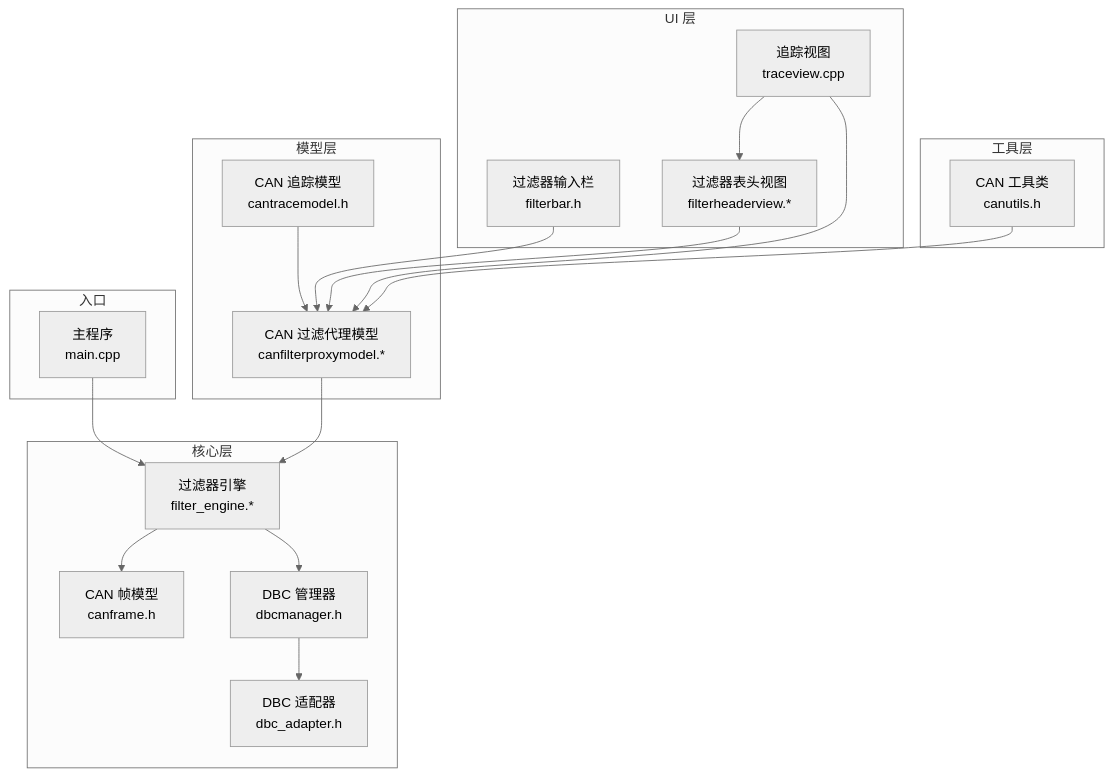
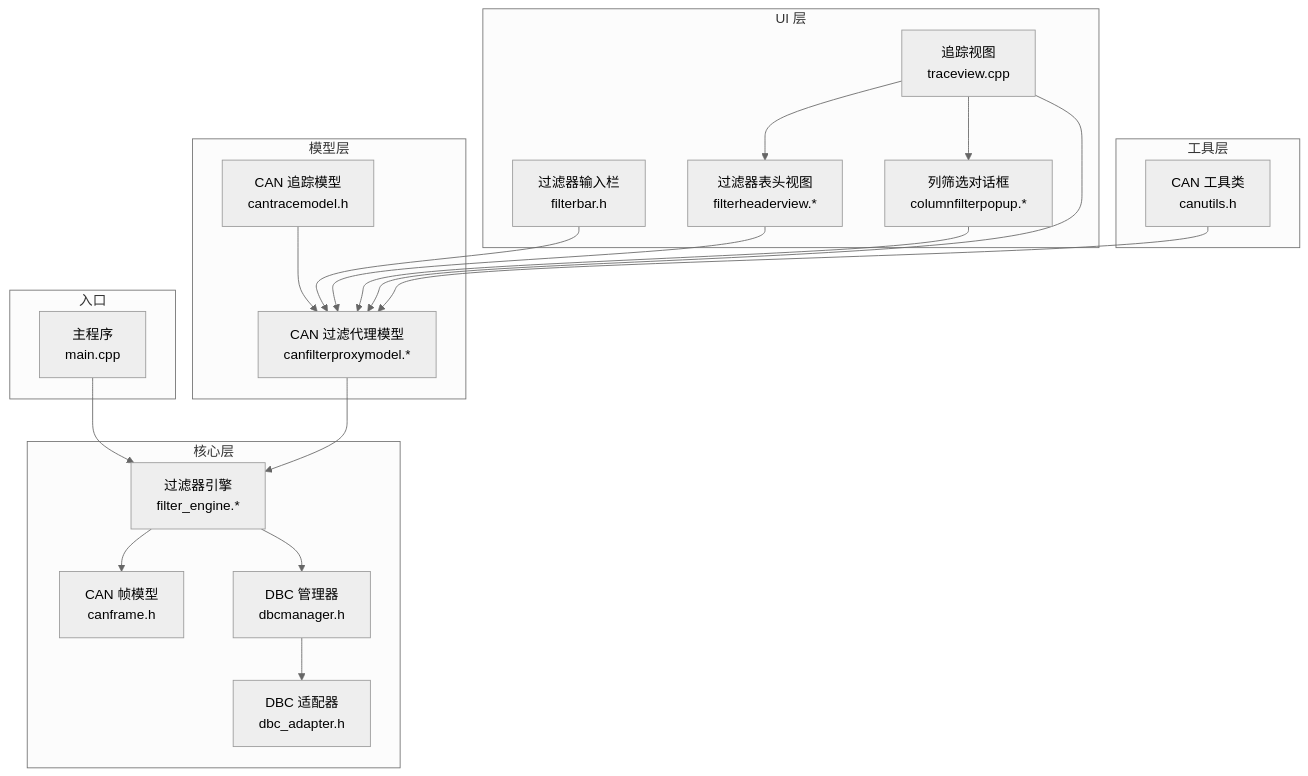
Before and after one commit to jakecai1225-design/OpenBus: the first of 4 diagrams in .qoder/repowiki/zh/content/核心模块详解/过滤器引擎/过滤器引擎.md, drawn with Mermaid (neutral theme). The commit also changed other lines of this file and 39 other files, not shown here.

````diff
--- a/.qoder/repowiki/zh/content/核心模块详解/过滤器引擎/过滤器引擎.md
+++ b/.qoder/repowiki/zh/content/核心模块详解/过滤器引擎/过滤器引擎.md
@@ -55,35 +57,38 @@
 ```mermaid
 graph TB
 subgraph "核心层"
 FE["过滤器引擎<br/>filter_engine.*"]
 CF["CAN 帧模型<br/>canframe.h"]
 DBCM["DBC 管理器<br/>dbcmanager.h"]
 DA["DBC 适配器<br/>dbc_adapter.h"]
 end
 subgraph "模型层"
 CPM["CAN 过滤代理模型<br/>canfilterproxymodel.*"]
 CTM["CAN 追踪模型<br/>cantracemodel.h"]
 end
 subgraph "UI 层"
 FB["过滤器输入栏<br/>filterbar.h"]
 FHV["过滤器表头视图<br/>filterheaderview.*"]
+CFP["列筛选对话框<br/>columnfilterpopup.*"]
 TV["追踪视图<br/>traceview.cpp"]
 end
 subgraph "工具层"
 CU["CAN 工具类<br/>canutils.h"]
 end
 subgraph "入口"
 MAIN["主程序<br/>main.cpp"]
 end
 MAIN --> FE
 FE --> CF
 FE --> DBCM
 DBCM --> DA
 CPM --> FE
 CTM --> CPM
 FB --> CPM
 FHV --> CPM
+CFP --> CPM
 TV --> FHV
+TV --> CFP
 TV --> CPM
 CU --> CPM
 ```
````
